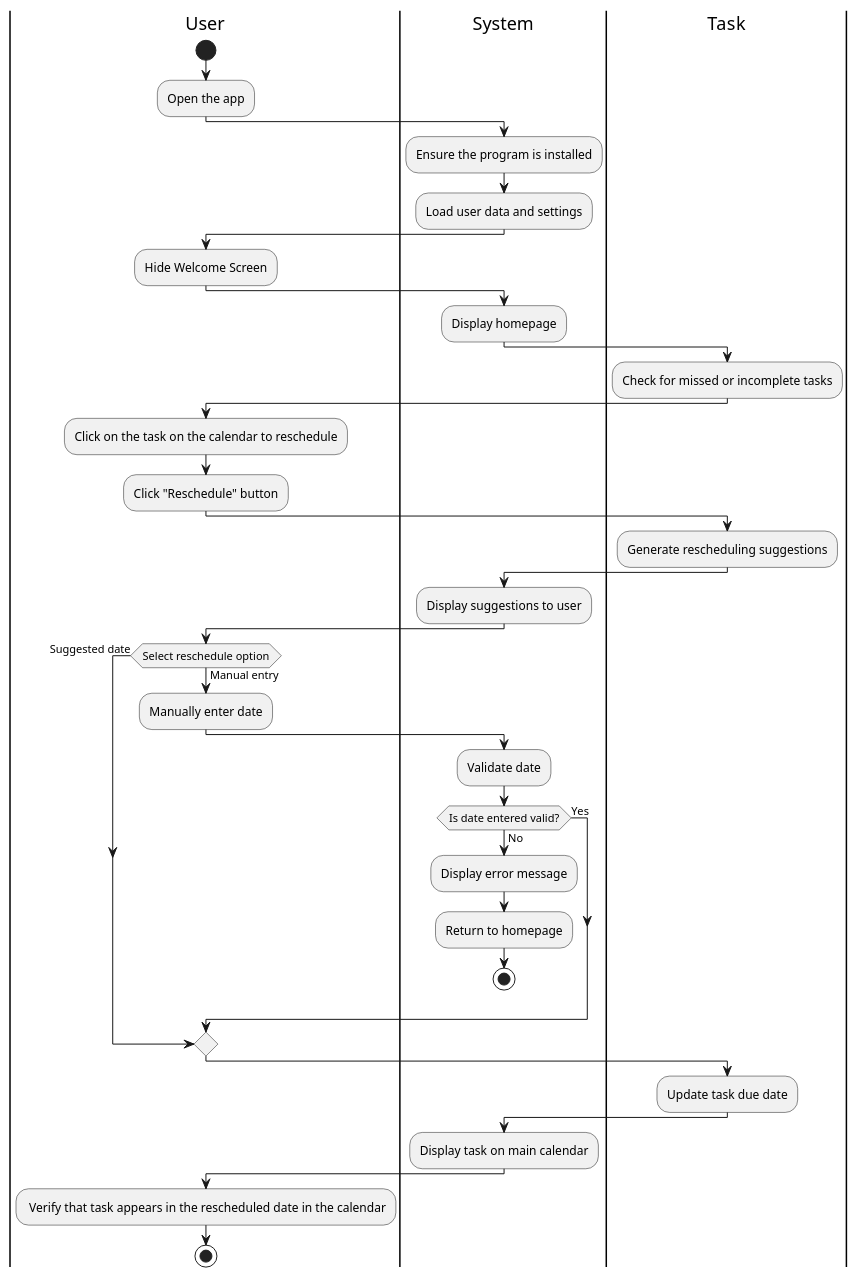
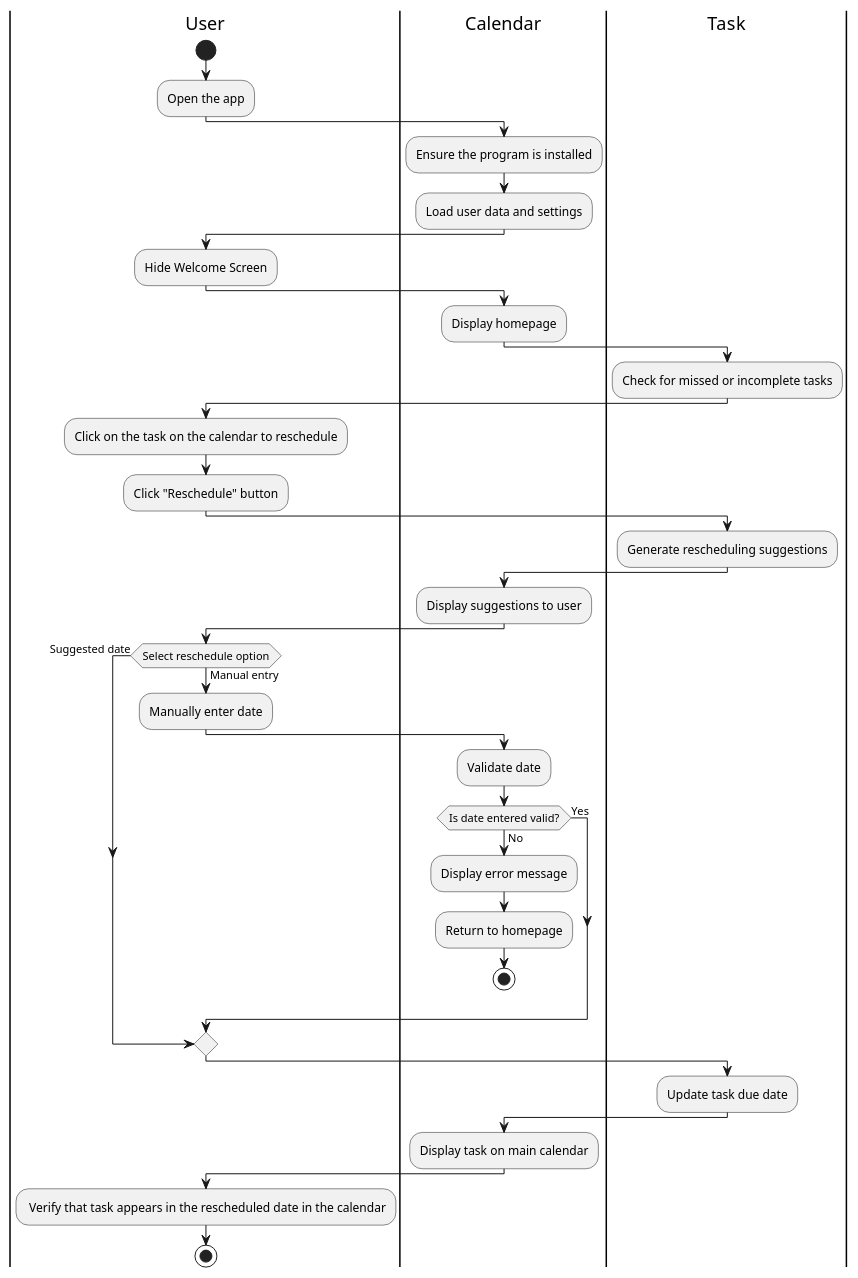
The diagram in assignment7/reschedule_task.puml (CS361-2024Fall-Term/Innovators), drawn with PlantUML before and after one commit.

```diff
--- a/assignment7/reschedule_task.puml
+++ b/assignment7/reschedule_task.puml
@@ -1,59 +1,59 @@
 @startuml
 |User|
 start
 :Open the app; 
 
-|System|
+|Calendar|
 :Ensure the program is installed;
 :Load user data and settings; 
 
 |User|
 :Hide Welcome Screen;
 
-|System|
+|Calendar|
 :Display homepage;
 
 |Task|
 :Check for missed or incomplete tasks; 
 
 |User|
 :Click on the task on the calendar to reschedule;
 :Click "Reschedule" button; 
 
 |Task|
 :Generate rescheduling suggestions; 
 
-|System|
+|Calendar|
 :Display suggestions to user; 
 
 |User|
 if (Select reschedule option) then (Suggested date)
 
 else (Manual entry)
 
 
   :Manually enter date;
 
-|System|
+|Calendar|
 :Validate date;
 if (Is date entered valid?) then (Yes)
 
 else (No)
 :Display error message; 
 :Return to homepage; 
   stop
  endif
  endif
 
 |Task|
 :Update task due date; 
 
-|System|
+|Calendar|
 :Display task on main calendar;
 
 |User|
 : Verify that task appears in the rescheduled date in the calendar;
 stop
 
 
 @enduml
```
